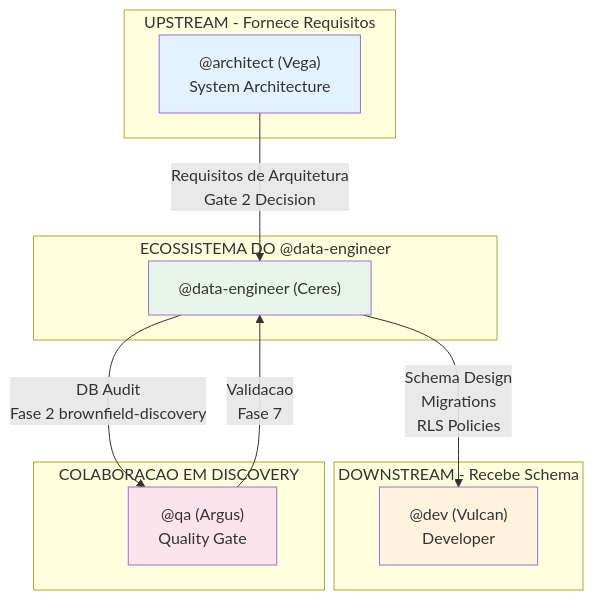
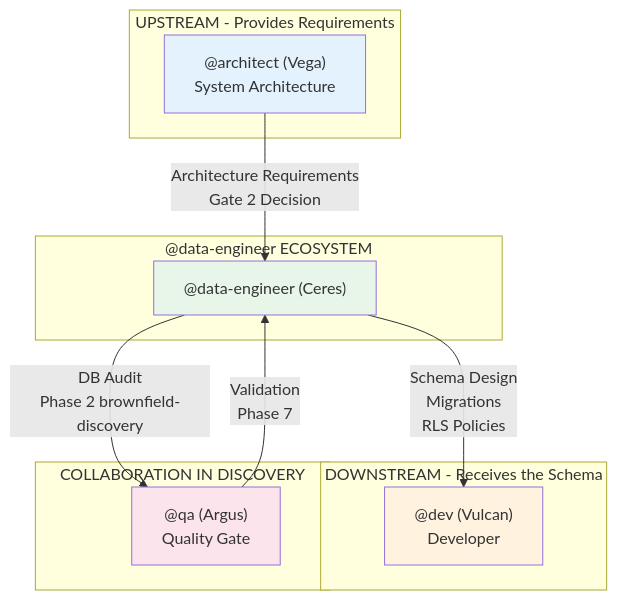
One commit to CyryxLabs/AEXOS changed the fifth of 5 diagrams in docs/aexos-agent-flows/data-engineer-system.md. Above: the diagram before and after it, drawn with Mermaid. The commit also changed other lines of this file and 528 other files, not shown here.

````diff
--- a/docs/aexos-agent-flows/data-engineer-system.md
+++ b/docs/aexos-agent-flows/data-engineer-system.md
@@ -451,29 +451,29 @@
 ```mermaid
 flowchart TB
-    subgraph DATA_ECOSYSTEM["ECOSSISTEMA DO @data-engineer"]
+    subgraph DATA_ECOSYSTEM["@data-engineer ECOSYSTEM"]
         DATA["@data-engineer (Ceres)"]
     end
 
-    subgraph UPSTREAM["UPSTREAM - Fornece Requisitos"]
+    subgraph UPSTREAM["UPSTREAM - Provides Requirements"]
         ARCH["@architect (Vega)<br/>System Architecture"]
     end
 
-    subgraph DOWNSTREAM["DOWNSTREAM - Recebe Schema"]
+    subgraph DOWNSTREAM["DOWNSTREAM - Receives the Schema"]
         DEV["@dev (Vulcan)<br/>Developer"]
     end
 
-    subgraph COLLABORATION["COLABORACAO EM DISCOVERY"]
+    subgraph COLLABORATION["COLLABORATION IN DISCOVERY"]
         QA["@qa (Argus)<br/>Quality Gate"]
     end
 
-    ARCH -->|"Requisitos de Arquitetura<br/>Gate 2 Decision"| DATA
+    ARCH -->|"Architecture Requirements<br/>Gate 2 Decision"| DATA
     DATA -->|"Schema Design<br/>Migrations<br/>RLS Policies"| DEV
 
-    DATA -->|"DB Audit<br/>Fase 2 brownfield-discovery"| QA
-    QA -->|"Validacao<br/>Fase 7"| DATA
+    DATA -->|"DB Audit<br/>Phase 2 brownfield-discovery"| QA
+    QA -->|"Validation<br/>Phase 7"| DATA
 
     style DATA fill:#e8f5e9
     style ARCH fill:#e3f2fd
     style DEV fill:#fff3e0
     style QA fill:#fce4ec
 ```
````
